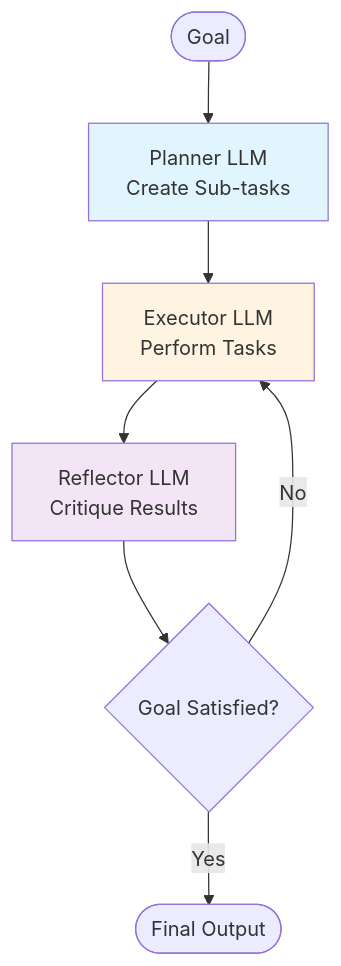
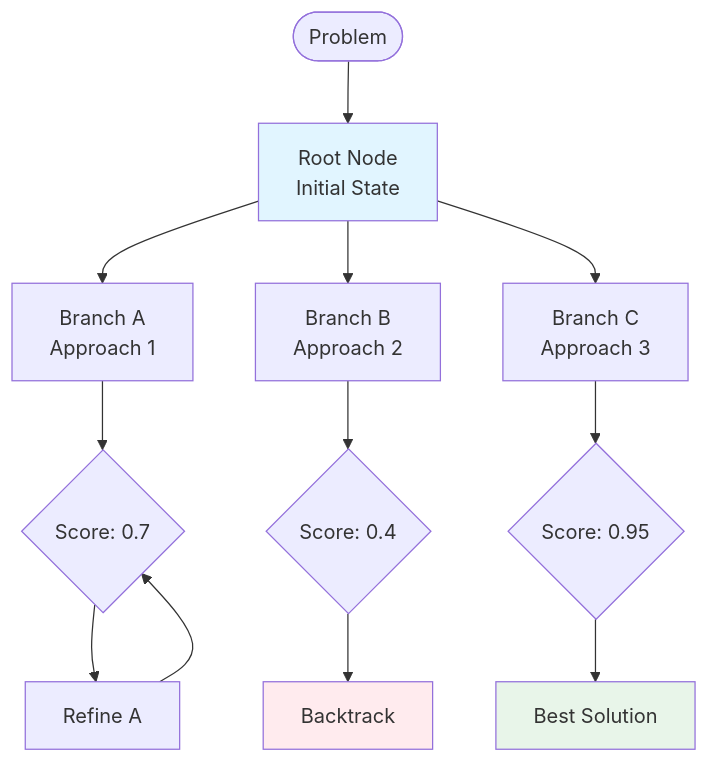
One commit to gopikrishtummala/gopikrishtummala.github.io changed the second of 5 diagrams in src/data/blog/agentic-ai-design-patterns-part-1.md. Above: the diagram before and after it, drawn with Mermaid. The commit also changed other lines of this file and 2 other files, not shown here.

````diff
--- a/src/data/blog/agentic-ai-design-patterns-part-1.md
+++ b/src/data/blog/agentic-ai-design-patterns-part-1.md
@@ -372,13 +393,21 @@
 ```mermaid
 flowchart TD
-    Start([Goal]) --> Planner[Planner LLM<br/>Create Sub-tasks]
-    Planner --> Executor[Executor LLM<br/>Perform Tasks]
-    Executor --> Reflector[Reflector LLM<br/>Critique Results]
-    Reflector --> Check{Goal Satisfied?}
-    Check -->|No| Executor
-    Check -->|Yes| End([Final Output])
+    Start([Problem]) --> Root[Root Node<br/>Initial State]
+    Root --> Branch1[Branch A<br/>Approach 1]
+    Root --> Branch2[Branch B<br/>Approach 2]
+    Root --> Branch3[Branch C<br/>Approach 3]
     
-    style Planner fill:#e1f5ff
-    style Executor fill:#fff4e1
-    style Reflector fill:#f3e5f5
+    Branch1 --> Score1{Score: 0.7}
+    Branch2 --> Score2{Score: 0.4}
+    Branch3 --> Score3{Score: 0.95}
+    
+    Score1 --> Refine1[Refine A]
+    Score2 --> Backtrack[Backtrack]
+    Score3 --> Best[Best Solution]
+    
+    Refine1 --> Score1
+    
+    style Root fill:#e1f5ff
+    style Best fill:#e8f5e9
+    style Backtrack fill:#ffebee
 ```
````
